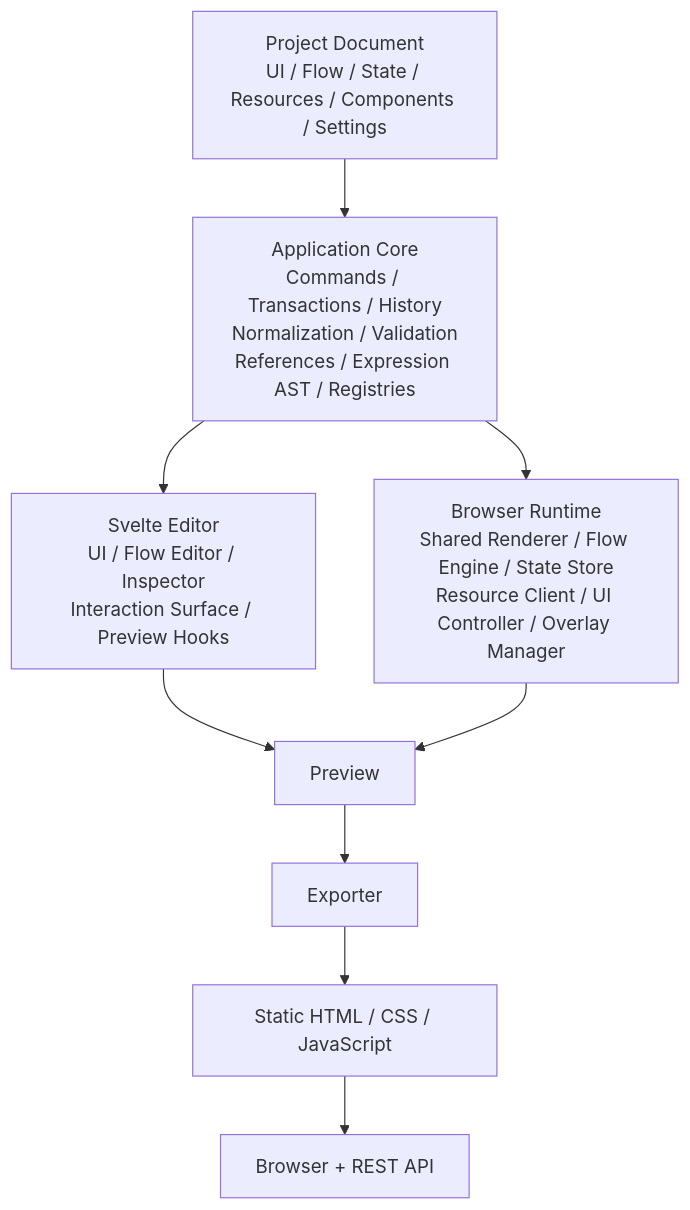
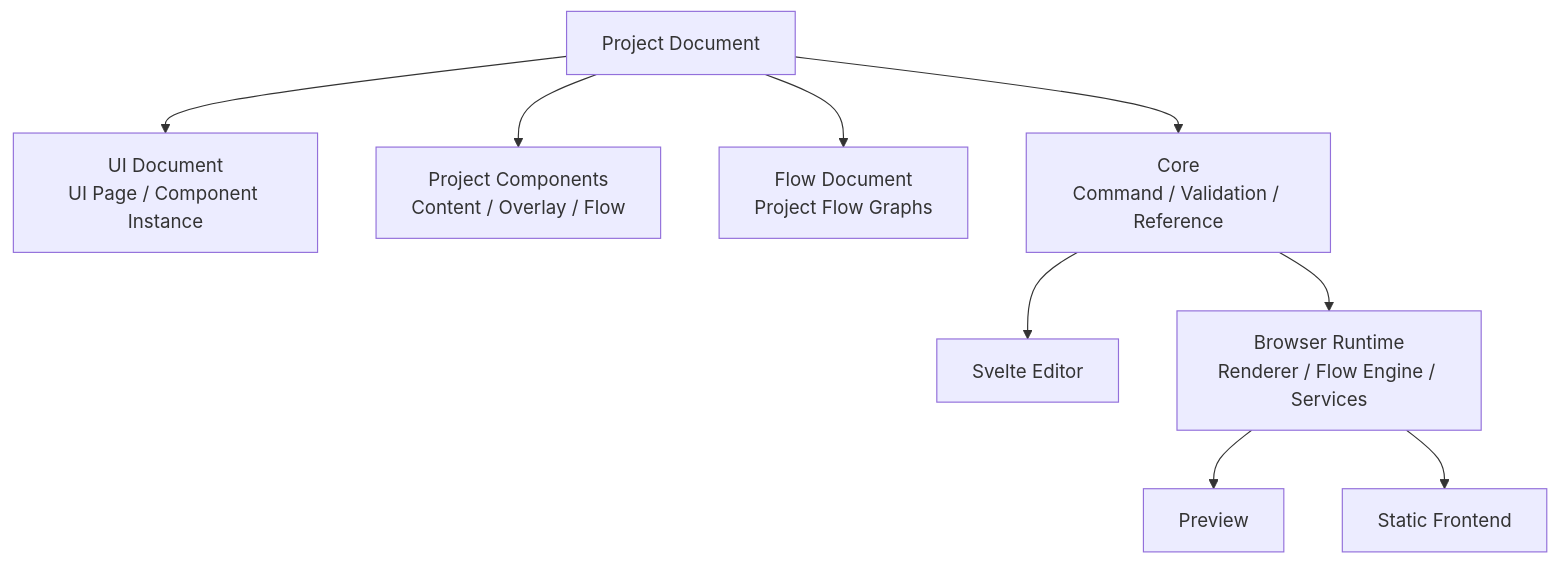
Before and after one commit to northwest-hcu/FlagShip: the sixth of 6 diagrams in docs/architecture/10-examples-roadmap-and-decisions.md, drawn with Mermaid. The commit also changed other lines of this file and 11 other files, not shown here.

Commit message:
docs: align architecture with component ownership model

````diff
--- a/docs/architecture/10-examples-roadmap-and-decisions.md
+++ b/docs/architecture/10-examples-roadmap-and-decisions.md
@@ -216,20 +212,21 @@
 ```mermaid
 flowchart TB
-    Project["Project Document<br/>UI / Flow / State / Resources / Components / Settings"]
-    Core["Application Core<br/>Commands / Transactions / History<br/>Normalization / Validation<br/>References / Expression AST / Registries"]
-    Editor["Svelte Editor<br/>UI / Flow Editor / Inspector<br/>Interaction Surface / Preview Hooks"]
-    Runtime["Browser Runtime<br/>Shared Renderer / Flow Engine / State Store<br/>Resource Client / UI Controller / Overlay Manager"]
-    Preview
-    Exporter
-    Static["Static HTML / CSS / JavaScript"]
-    Browser["Browser + REST API"]
+    Project["Project Document"]
+    UI["UI Document<br/>UI Page / Component Instance"]
+    Components["Project Components<br/>Content / Overlay / Flow"]
+    Flow["Flow Document<br/>Project Flow Graphs"]
+    Core["Core<br/>Command / Validation / Reference"]
+    Editor["Svelte Editor"]
+    Runtime["Browser Runtime<br/>Renderer / Flow Engine / Services"]
+    Preview["Preview"]
+    Export["Static Frontend"]
 
+    Project --> UI
+    Project --> Components
+    Project --> Flow
     Project --> Core
     Core --> Editor
     Core --> Runtime
-    Editor --> Preview
     Runtime --> Preview
-    Preview --> Exporter
-    Exporter --> Static
-    Static --> Browser
+    Runtime --> Export
 ```
````
